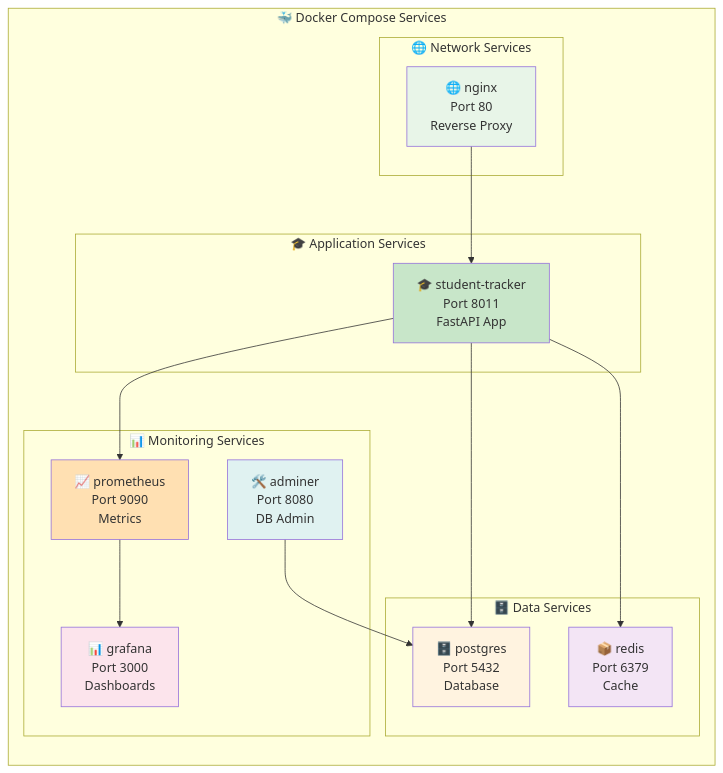
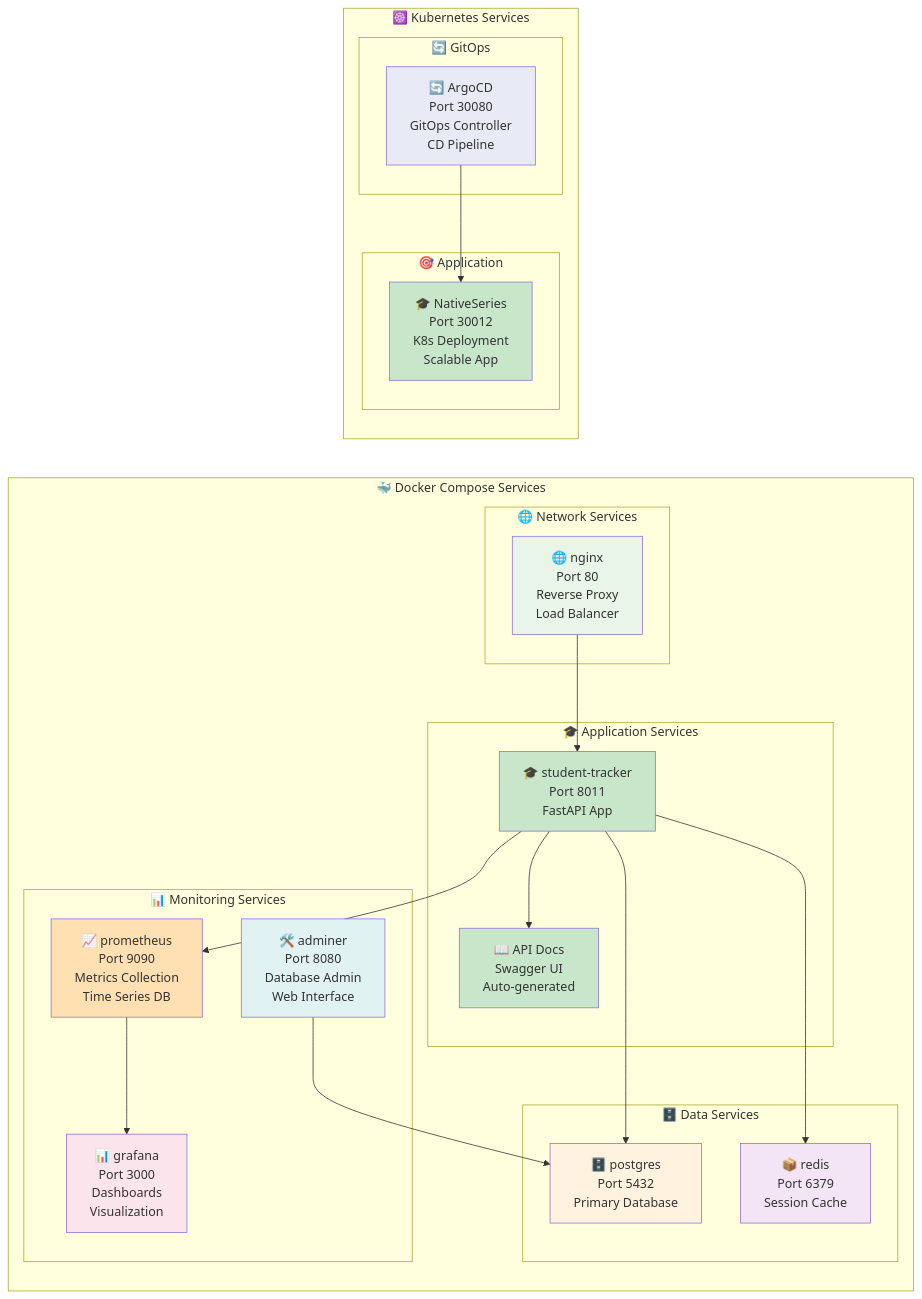
The fourth of 11 diagrams in README.md (bonaventuresimeon/NativeSeries), drawn with Mermaid before and after one commit. The commit also changed other lines of this file, not shown here.

Commit message:
Add comprehensive system architecture diagrams and documentation to README

````diff
--- a/README.md
+++ b/README.md
@@ -246,38 +286,55 @@
 ```mermaid
 graph LR
     subgraph "🐳 Docker Compose Services"
         subgraph "🎓 Application Services"
             ST[🎓 student-tracker<br/>Port 8011<br/>FastAPI App]
+            API[📖 API Docs<br/>Swagger UI<br/>Auto-generated]
         end
         
         subgraph "🗄️ Data Services"
-            PG[🗄️ postgres<br/>Port 5432<br/>Database]
-            RD[📦 redis<br/>Port 6379<br/>Cache]
+            PG[🗄️ postgres<br/>Port 5432<br/>Primary Database]
+            RD[📦 redis<br/>Port 6379<br/>Session Cache]
         end
         
         subgraph "🌐 Network Services"
-            NG[🌐 nginx<br/>Port 80<br/>Reverse Proxy]
+            NG[🌐 nginx<br/>Port 80<br/>Reverse Proxy<br/>Load Balancer]
         end
         
         subgraph "📊 Monitoring Services"
-            PM[📈 prometheus<br/>Port 9090<br/>Metrics]
-            GF[📊 grafana<br/>Port 3000<br/>Dashboards]
-            AD[🛠️ adminer<br/>Port 8080<br/>DB Admin]
+            PM[📈 prometheus<br/>Port 9090<br/>Metrics Collection<br/>Time Series DB]
+            GF[📊 grafana<br/>Port 3000<br/>Dashboards<br/>Visualization]
+            AD[🛠️ adminer<br/>Port 8080<br/>Database Admin<br/>Web Interface]
+        end
+    end
+    
+    subgraph "☸️ Kubernetes Services"
+        subgraph "🔄 GitOps"
+            AR[🔄 ArgoCD<br/>Port 30080<br/>GitOps Controller<br/>CD Pipeline]
+        end
+        
+        subgraph "🎯 Application"
+            NS[🎓 NativeSeries<br/>Port 30012<br/>K8s Deployment<br/>Scalable App]
         end
     end
     
     NG --> ST
+    ST --> API
     ST --> PG
     ST --> RD
     ST --> PM
     PM --> GF
     AD --> PG
     
+    AR --> NS
+    
     style ST fill:#c8e6c9
+    style API fill:#c8e6c9
     style PG fill:#fff3e0
     style RD fill:#f3e5f5
     style NG fill:#e8f5e8
     style PM fill:#ffe0b2
     style GF fill:#fce4ec
     style AD fill:#e0f2f1
+    style AR fill:#e8eaf6
+    style NS fill:#c8e6c9
 ```
````
